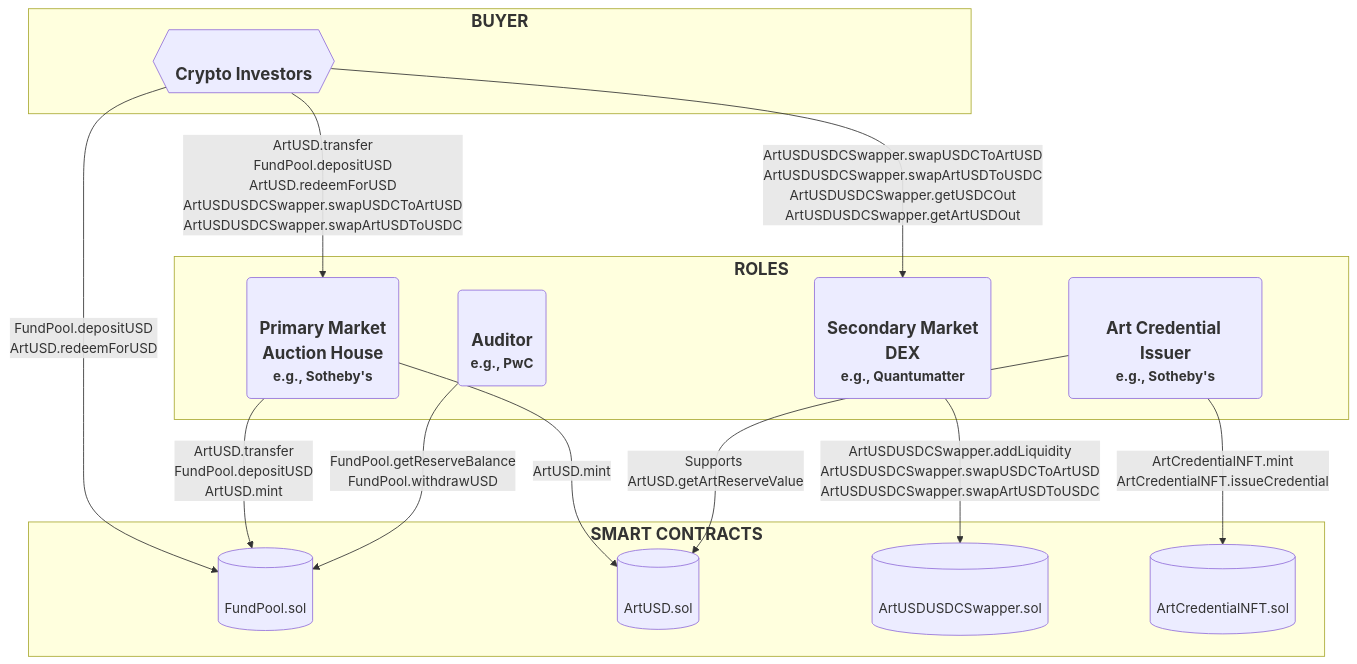
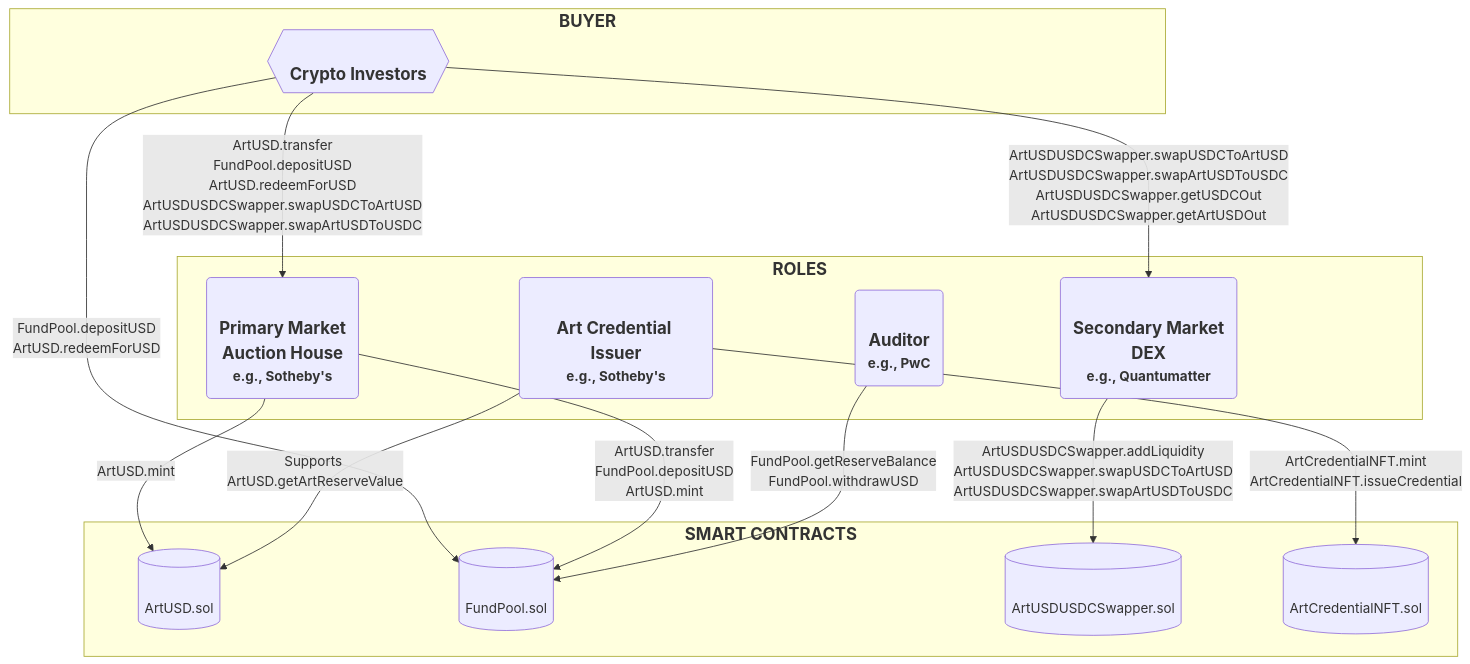
Before and after one commit to realmatterio/ArtUSD: the first of 2 diagrams in README.md, drawn with Mermaid. The commit also changed other lines of this file, not shown here.

````diff
--- a/README.md
+++ b/README.md
@@ -60,35 +60,36 @@
 ```mermaid
 graph TD
     
     subgraph "`<b style="font-size: 20px;">BUYER</b>`"
         A{{<b style="font-size: 20px;"><br>Crypto Investors<br></b>}}
     end
 
-    A -->|ArtUSD.transfer<br>FundPool.depositUSD<br>ArtUSD.redeemForUSD<br>ArtUSDUSDCSwapper.swapUSDCToArtUSD<br>ArtUSDUSDCSwapper.swapArtUSDToUSDC| B(``)
-    A -->|ArtUSDUSDCSwapper.swapUSDCToArtUSD<br>ArtUSDUSDCSwapper.swapArtUSDToUSDC<br>ArtUSDUSDCSwapper.getUSDCOut<br>ArtUSDUSDCSwapper.getArtUSDOut| C(``)
-    A -->|FundPool.depositUSD<br>ArtUSD.redeemForUSD| D[(FundPool.sol)]
-
     subgraph "`<b style="font-size: 20px;">ROLES</b>`"
         B(<b style="font-size: 20px;"><br>Primary Market<br>Auction House<br></b><b style="font-size: 16px;">e.g., Sotheby's<br></b>)
         C(<b style="font-size: 20px;"><br>Secondary Market<br>DEX<br></b><b style="font-size: 16px;">e.g., Quantumatter<br></b>)
         G(<b style="font-size: 20px;"><br>Art Credential Issuer<br></b><b style="font-size: 16px;">e.g., Sotheby's<br></b>)
         I(<b style="font-size: 20px;"><br>Auditor<br></b><b style="font-size: 16px;">e.g., PwC<br></b>)
     end
-    
-    B -->|ArtUSD.transfer<br>FundPool.depositUSD<br>ArtUSD.mint| D
-    B -->|ArtUSD.mint| E[(ArtUSD.sol)]
-    
-    C -->|ArtUSDUSDCSwapper.addLiquidity<br>ArtUSDUSDCSwapper.swapUSDCToArtUSD<br>ArtUSDUSDCSwapper.swapArtUSDToUSDC| F[(ArtUSDUSDCSwapper.sol)]
-    
-    G -->|ArtCredentialNFT.mint<br>ArtCredentialNFT.issueCredential| H[(ArtCredentialNFT.sol)]
-    G -->|Supports ArtUSD.getArtReserveValue| E
-    
-    I -->|FundPool.getReserveBalance<br>FundPool.withdrawUSD| D
-    
+
     subgraph "`<b style="font-size: 20px;">SMART CONTRACTS</b>`"
         E[(<br>ArtUSD.sol<br>)]
         D[(<br>FundPool.sol<br>)]
         F[(<br>ArtUSDUSDCSwapper.sol<br>)]
         H[(<br>ArtCredentialNFT.sol<br>)]
     end
+
+    A -->|ArtUSD.transfer<br>FundPool.depositUSD<br>ArtUSD.redeemForUSD<br>ArtUSDUSDCSwapper.swapUSDCToArtUSD<br>ArtUSDUSDCSwapper.swapArtUSDToUSDC| B
+    A -->|ArtUSDUSDCSwapper.swapUSDCToArtUSD<br>ArtUSDUSDCSwapper.swapArtUSDToUSDC<br>ArtUSDUSDCSwapper.getUSDCOut<br>ArtUSDUSDCSwapper.getArtUSDOut| C
+    A -->|FundPool.depositUSD<br>ArtUSD.redeemForUSD| D
+    
+    B -->|ArtUSD.transfer<br>FundPool.depositUSD<br>ArtUSD.mint| D
+    B -->|ArtUSD.mint| E
+    
+    C -->|ArtUSDUSDCSwapper.addLiquidity<br>ArtUSDUSDCSwapper.swapUSDCToArtUSD<br>ArtUSDUSDCSwapper.swapArtUSDToUSDC| F
+    
+    G -->|ArtCredentialNFT.mint<br>ArtCredentialNFT.issueCredential| H
+    G -->|Supports ArtUSD.getArtReserveValue| E
+    
+    I -->|FundPool.getReserveBalance<br>FundPool.withdrawUSD| D
+
 ```
````
